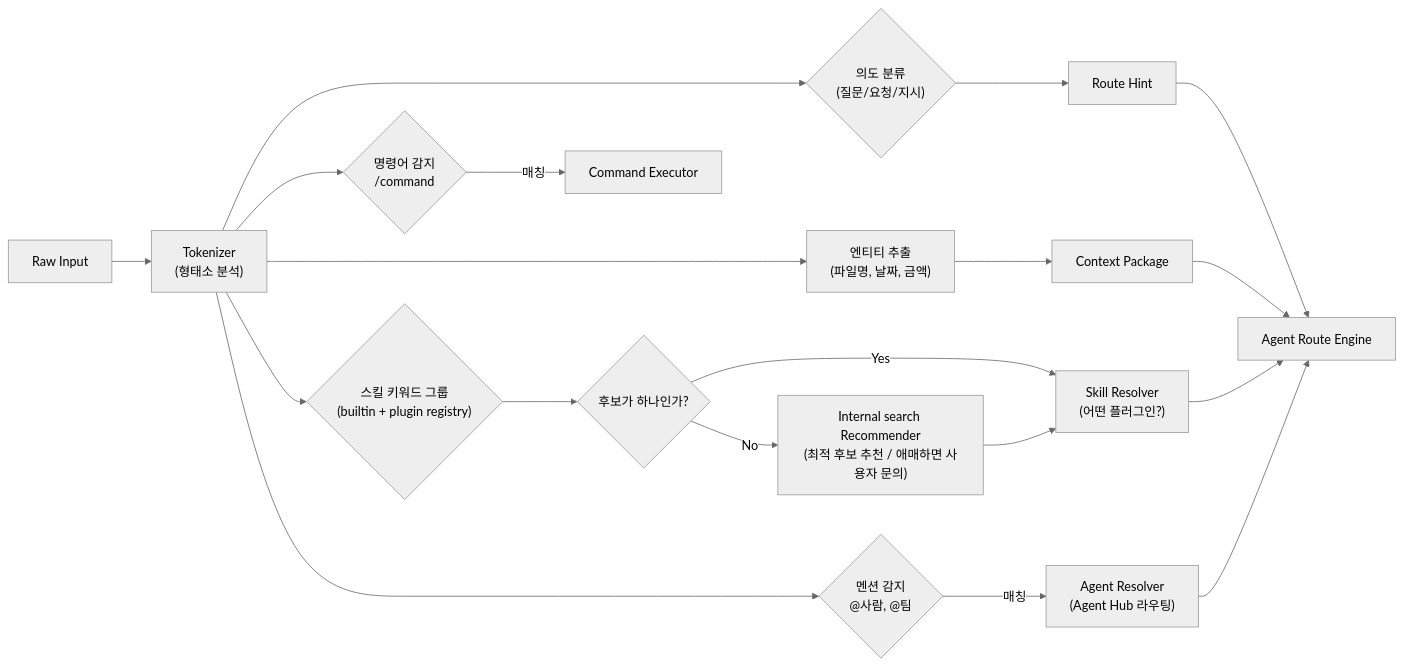
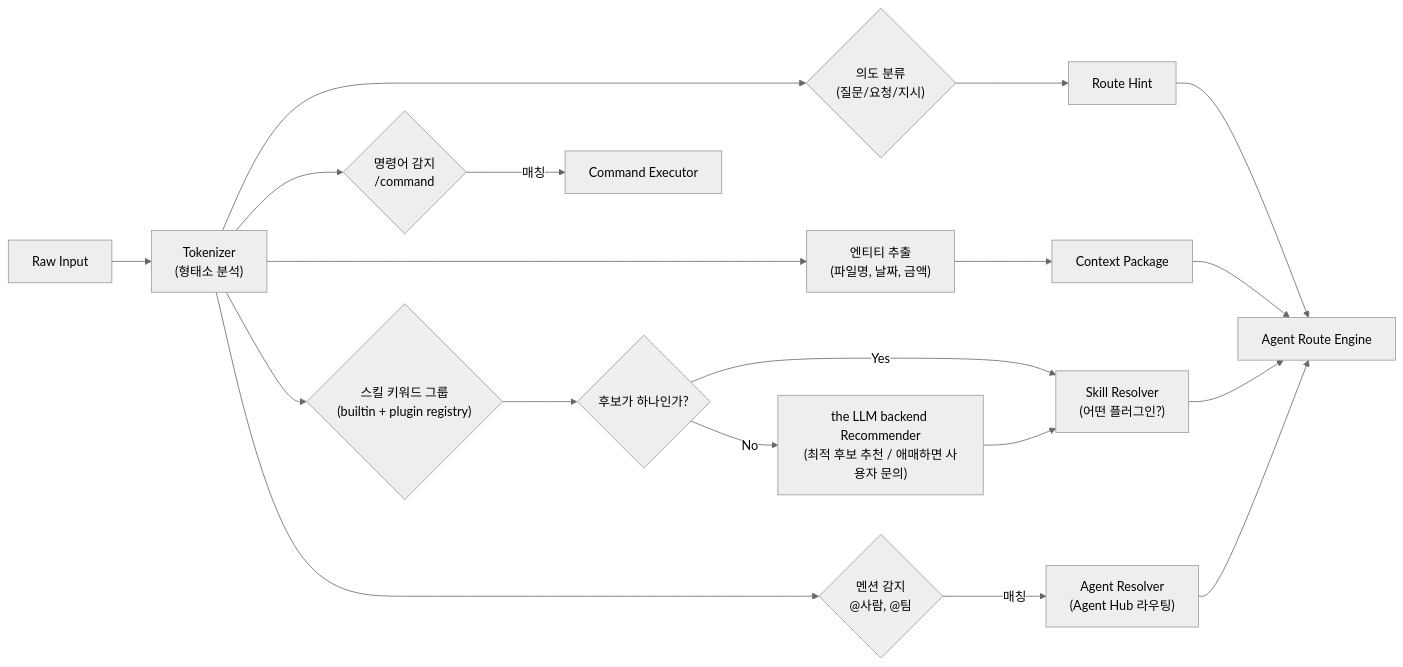
Before and after one commit to lvis-project/lvis-app: diagram 17 of 44 in docs/architecture/architecture.md, drawn with Mermaid (neutral theme). The commit also changed other lines of this file and 76 other files, not shown here.

````diff
--- a/docs/architecture/architecture.md
+++ b/docs/architecture/architecture.md
@@ -1353,24 +1353,24 @@
 ```mermaid
 flowchart LR
     INPUT["Raw Input"] --> TOKENIZER["Tokenizer<br/>(형태소 분석)"]
 
     TOKENIZER --> CMD_DETECT{"명령어 감지<br/>/command"}
     TOKENIZER --> SKILL_DETECT{"스킬 키워드 그룹<br/>(builtin + plugin registry)"}
     TOKENIZER --> MENTION_DETECT{"멘션 감지<br/>@사람, @팀"}
     TOKENIZER --> INTENT_DETECT{"의도 분류<br/>(질문/요청/지시)"}
     TOKENIZER --> ENTITY_EXTRACT["엔티티 추출<br/>(파일명, 날짜, 금액)"]
     SKILL_DETECT --> AMBIG{"후보가 하나인가?"}
-    AMBIG -->|"No"| LLM_RECO["Internal search Recommender<br/>(최적 후보 추천 / 애매하면 사용자 문의)"]
+    AMBIG -->|"No"| LLM_RECO["the LLM backend Recommender<br/>(최적 후보 추천 / 애매하면 사용자 문의)"]
     AMBIG -->|"Yes"| SKILL_RESOLVE["Skill Resolver<br/>(어떤 플러그인?)"]
 
     CMD_DETECT -->|"매칭"| CMD_EXEC["Command Executor"]
     MENTION_DETECT -->|"매칭"| AGENT_RESOLVE["Agent Resolver<br/>(Agent Hub 라우팅)"]
     INTENT_DETECT --> ROUTE_HINT["Route Hint"]
     ENTITY_EXTRACT --> CTX["Context Package"]
     LLM_RECO --> SKILL_RESOLVE
 
     ROUTE_HINT --> ROUTE_ENGINE["Agent Route Engine"]
     CTX --> ROUTE_ENGINE
     SKILL_RESOLVE --> ROUTE_ENGINE
     AGENT_RESOLVE --> ROUTE_ENGINE
 ```
````
